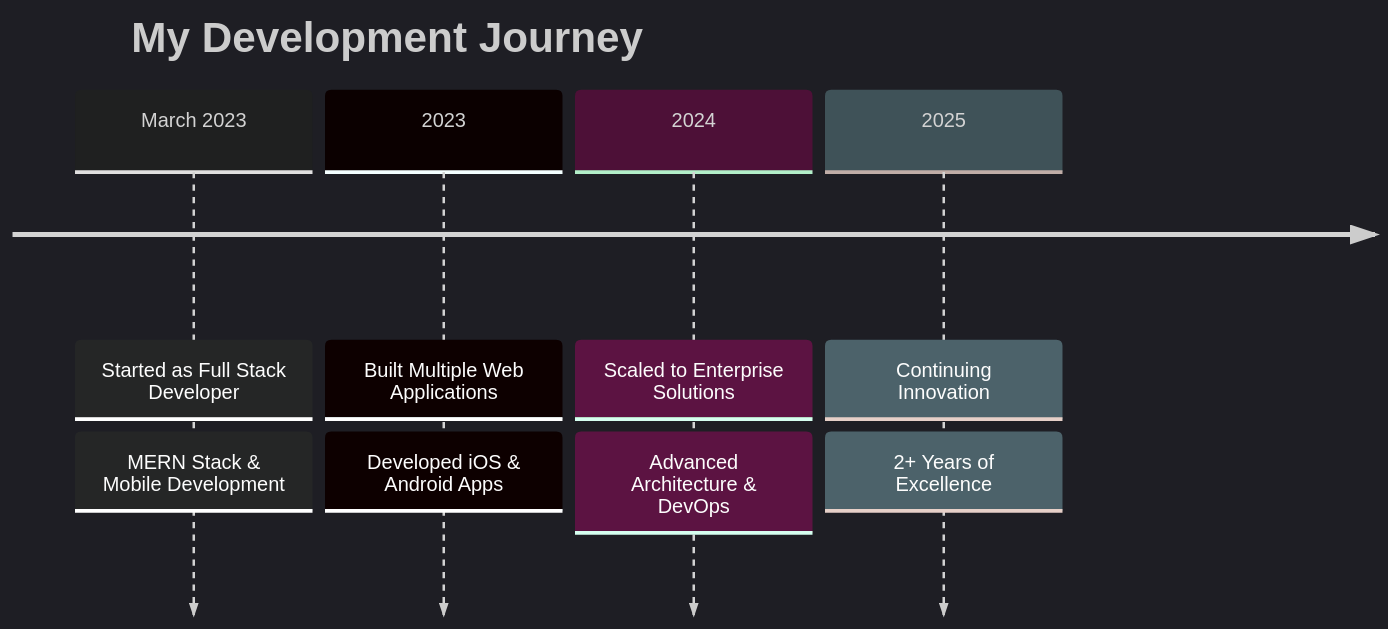
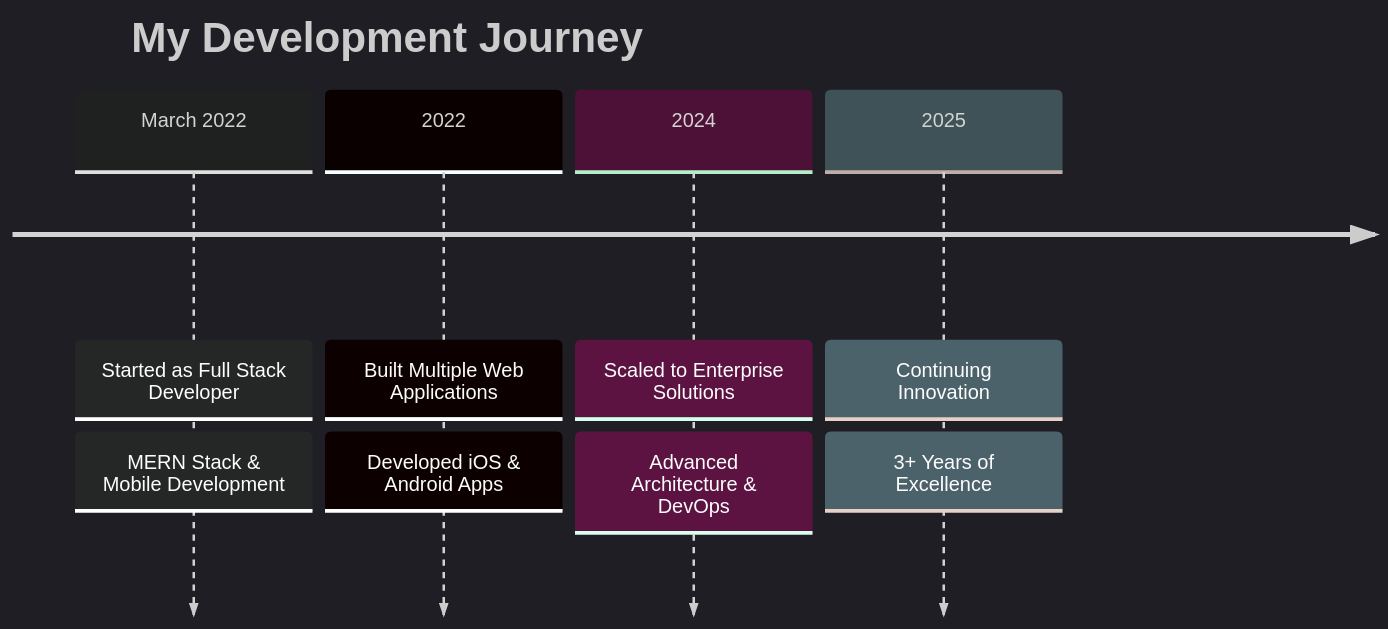
Before and after one commit to vipinnagar8700/vipinnagar8700: the diagram in README.md, drawn with Mermaid. The commit also changed other lines of this file, not shown here.

Commit message:
Update timeline dates in README.md

````diff
--- a/README.md
+++ b/README.md
@@ -26,13 +26,13 @@
 ```mermaid
 %%{init: {'theme':'dark'}}%%
 timeline
     title My Development Journey
-    March 2023 : Started as Full Stack Developer
+    March 2022 : Started as Full Stack Developer
                : MERN Stack & Mobile Development
-    2023 : Built Multiple Web Applications
+    2022 : Built Multiple Web Applications
          : Developed iOS & Android Apps
     2024 : Scaled to Enterprise Solutions
          : Advanced Architecture & DevOps
     2025 : Continuing Innovation
-         : 2+ Years of Excellence
+         : 3+ Years of Excellence
 ```
````
